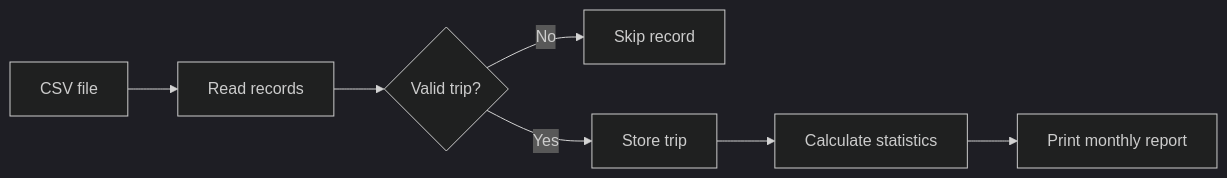
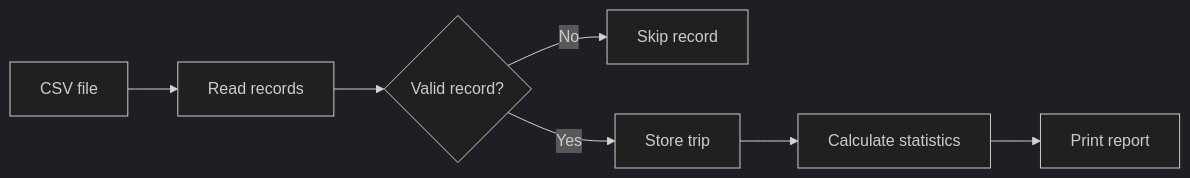
Before and after one commit to awmiryaw/bike-sharing-trip-analytics: the diagram in README.md, drawn with Mermaid (dark theme). The commit also changed other lines of this file, not shown here.

````diff
--- a/README.md
+++ b/README.md
@@ -73,9 +113,9 @@
 ```mermaid
 flowchart LR
     A[CSV file] --> B[Read records]
-    B --> C{Valid trip?}
+    B --> C{Valid record?}
     C -- No --> D[Skip record]
     C -- Yes --> E[Store trip]
     E --> F[Calculate statistics]
-    F --> G[Print monthly report]
+    F --> G[Print report]
 ```
````
